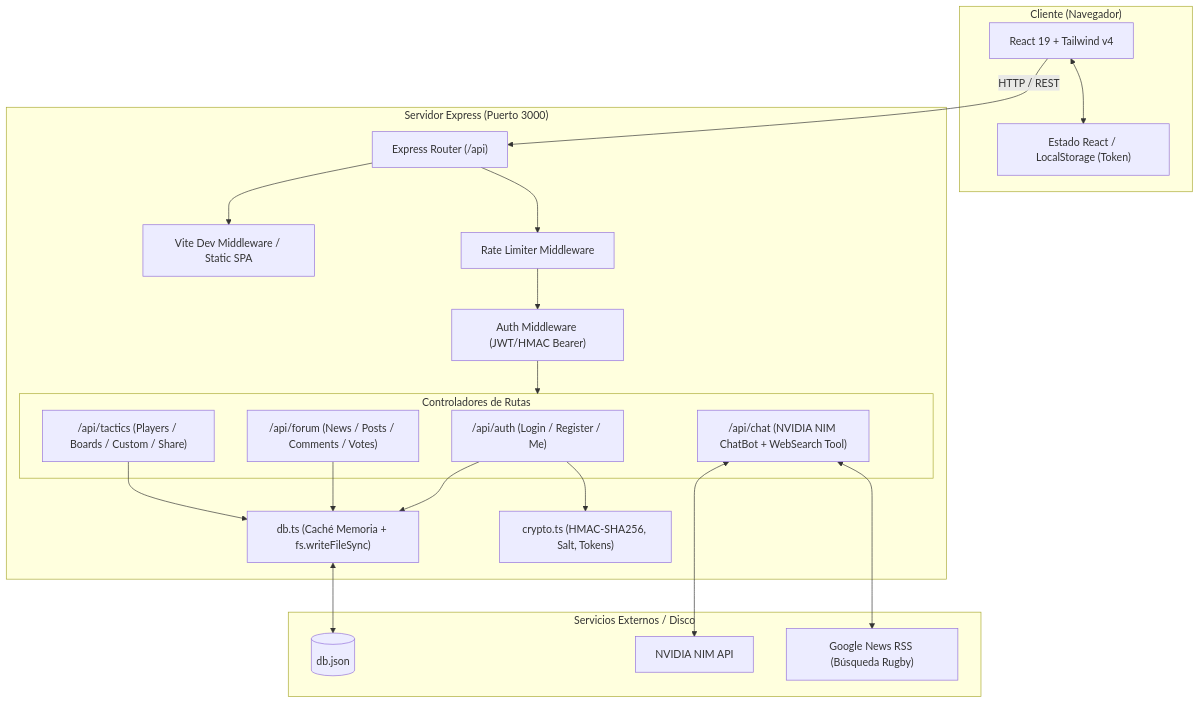
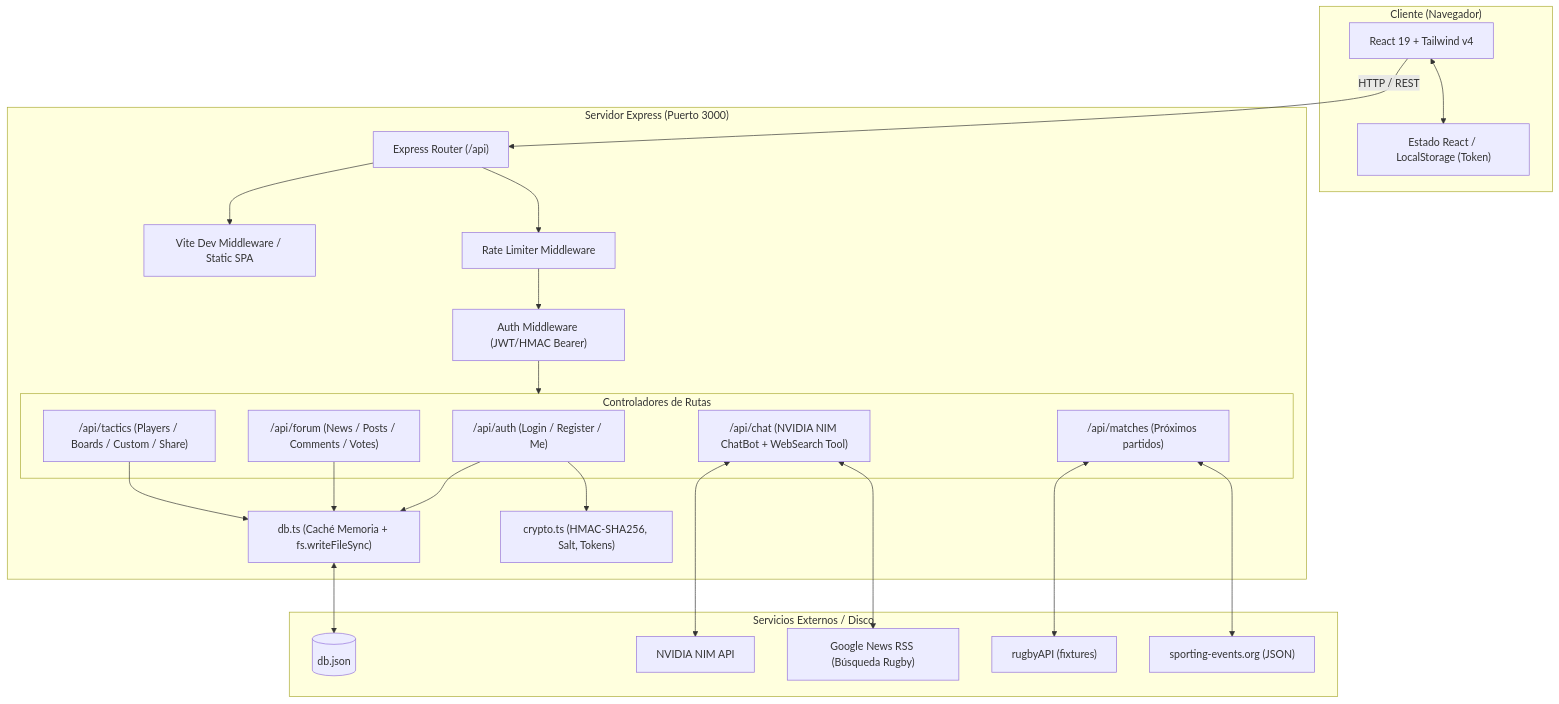
Before and after one commit to mattmotyczak/Rugby: the diagram in docs/TECHNICAL_DOCUMENTATION.md, drawn with Mermaid. The commit also changed other lines of this file and 7 other files, not shown here.

````diff
--- a/docs/TECHNICAL_DOCUMENTATION.md
+++ b/docs/TECHNICAL_DOCUMENTATION.md
@@ -16,46 +17,51 @@
 ```mermaid
 flowchart TD
     subgraph Cliente ["Cliente (Navegador)"]
         UI["React 19 + Tailwind v4"]
         State["Estado React / LocalStorage (Token)"]
         UI <--> State
     end
 
     subgraph Servidor ["Servidor Express (Puerto 3000)"]
         ViteMiddle["Vite Dev Middleware / Static SPA"]
         Router["Express Router (/api)"]
         RateLimit["Rate Limiter Middleware"]
         AuthMiddleware["Auth Middleware (JWT/HMAC Bearer)"]
 
         subgraph Rutas ["Controladores de Rutas"]
             RAuth["/api/auth (Login / Register / Me)"]
             RForum["/api/forum (News / Posts / Comments / Votes)"]
             RTactics["/api/tactics (Players / Boards / Custom / Share)"]
             RChat["/api/chat (NVIDIA NIM ChatBot + WebSearch Tool)"]
+            RMatches["/api/matches (Próximos partidos)"]
         end
 
         DBAccess["db.ts (Caché Memoria + fs.writeFileSync)"]
         CryptoUtil["crypto.ts (HMAC-SHA256, Salt, Tokens)"]
     end
 
     subgraph Externo ["Servicios Externos / Disco"]
         DBFile[("db.json")]
         NvidiaAPI["NVIDIA NIM API"]
         WebSearchNews["Google News RSS (Búsqueda Rugby)"]
+        RugbyApi["rugbyAPI (fixtures)"]
+        FixturesFallback["sporting-events.org (JSON)"]
     end
 
     UI -->|HTTP / REST| Router
     Router --> ViteMiddle
     Router --> RateLimit
     RateLimit --> AuthMiddleware
     AuthMiddleware --> Rutas
 
     RAuth --> CryptoUtil
     RAuth --> DBAccess
     RForum --> DBAccess
     RTactics --> DBAccess
     RChat <--> NvidiaAPI
     RChat <--> WebSearchNews
+    RMatches <--> RugbyApi
+    RMatches <--> FixturesFallback
 
     DBAccess <--> DBFile
 ```
````
